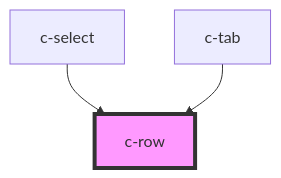
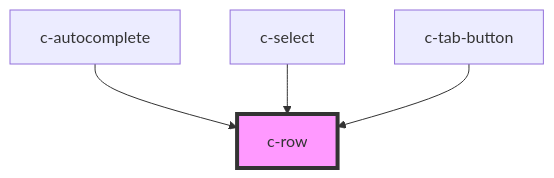
The diagram in src/components/row/readme.md (hannyle/csc-ui), drawn with Mermaid before and after one commit. The commit also changed other lines of this file and 29 other files, not shown here.

````diff
--- a/src/components/row/readme.md
+++ b/src/components/row/readme.md
@@ -16,6 +17,7 @@
 ```mermaid
 graph TD;
+  c-autocomplete --> c-row
   c-select --> c-row
-  c-tab --> c-row
+  c-tab-button --> c-row
   style c-row fill:#f9f,stroke:#333,stroke-width:4px
 ```
````
